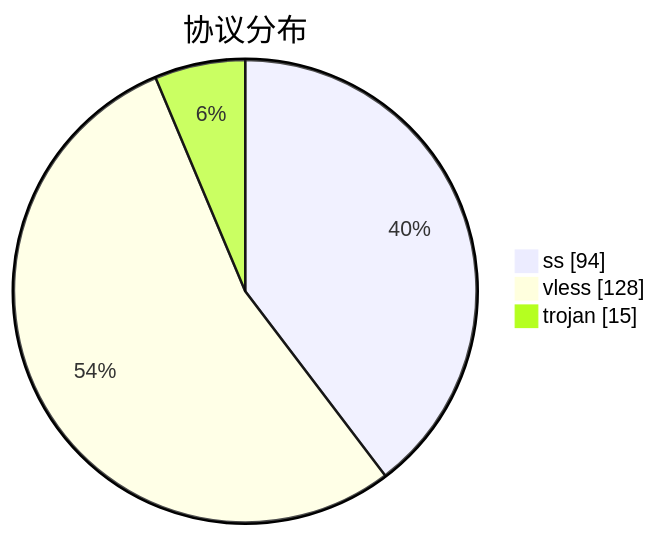
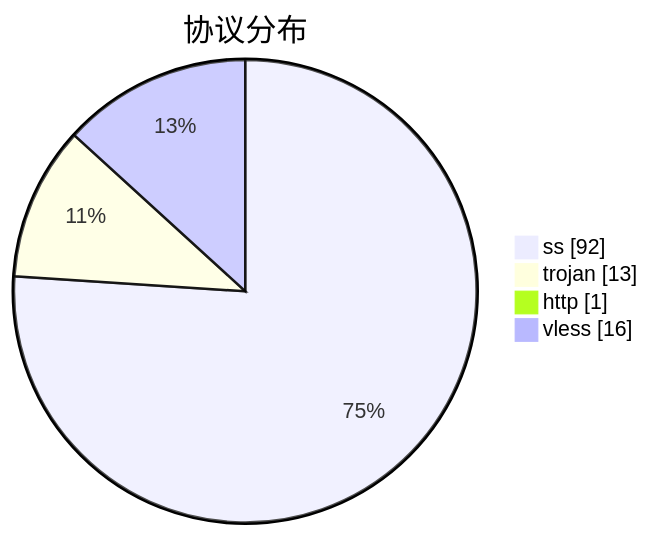
Before and after one commit to qjlxg/airport: the third of 3 diagrams in subs/statistics/tested_within.md, drawn with Mermaid. The commit also changed other lines of this file and 2 other files, not shown here.

````diff
--- a/subs/statistics/tested_within.md
+++ b/subs/statistics/tested_within.md
@@ -35,7 +31,8 @@
 ```mermaid
 pie showData
 title 协议分布
-"ss" : 94
-"vless" : 128
-"trojan" : 15
+"ss" : 92
+"trojan" : 13
+"http" : 1
+"vless" : 16
 ```
````
